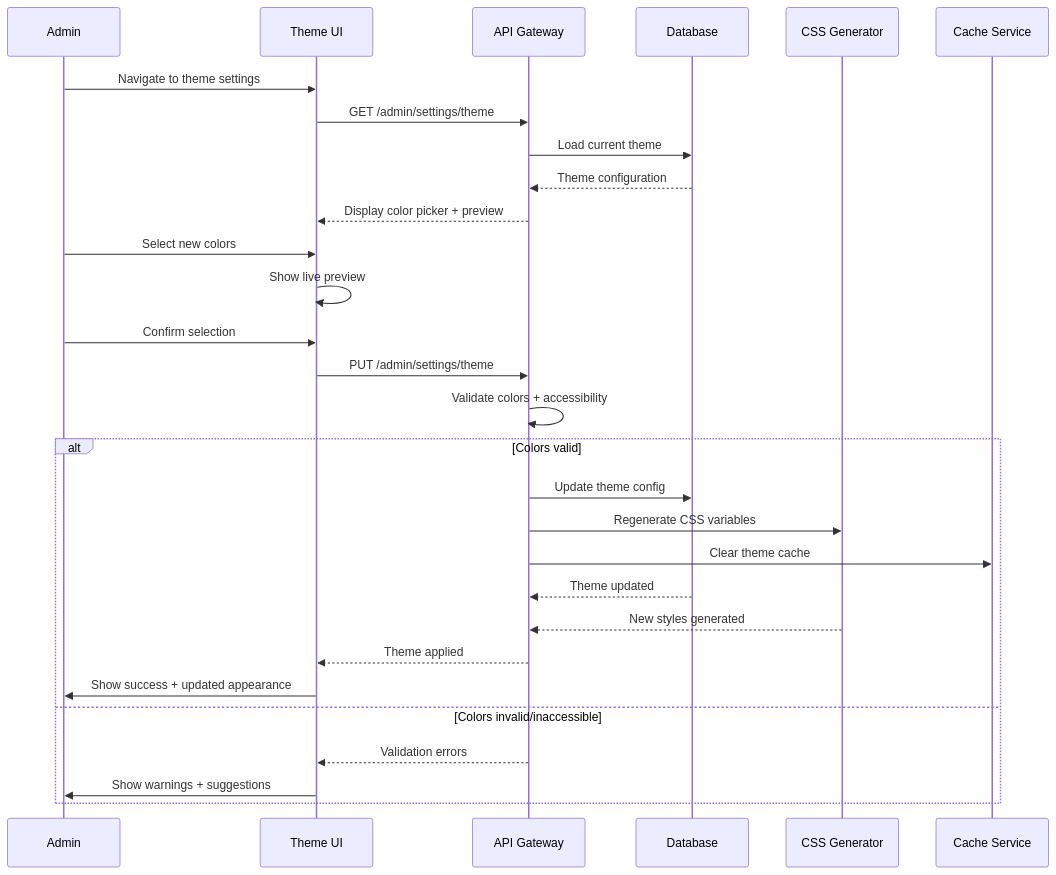
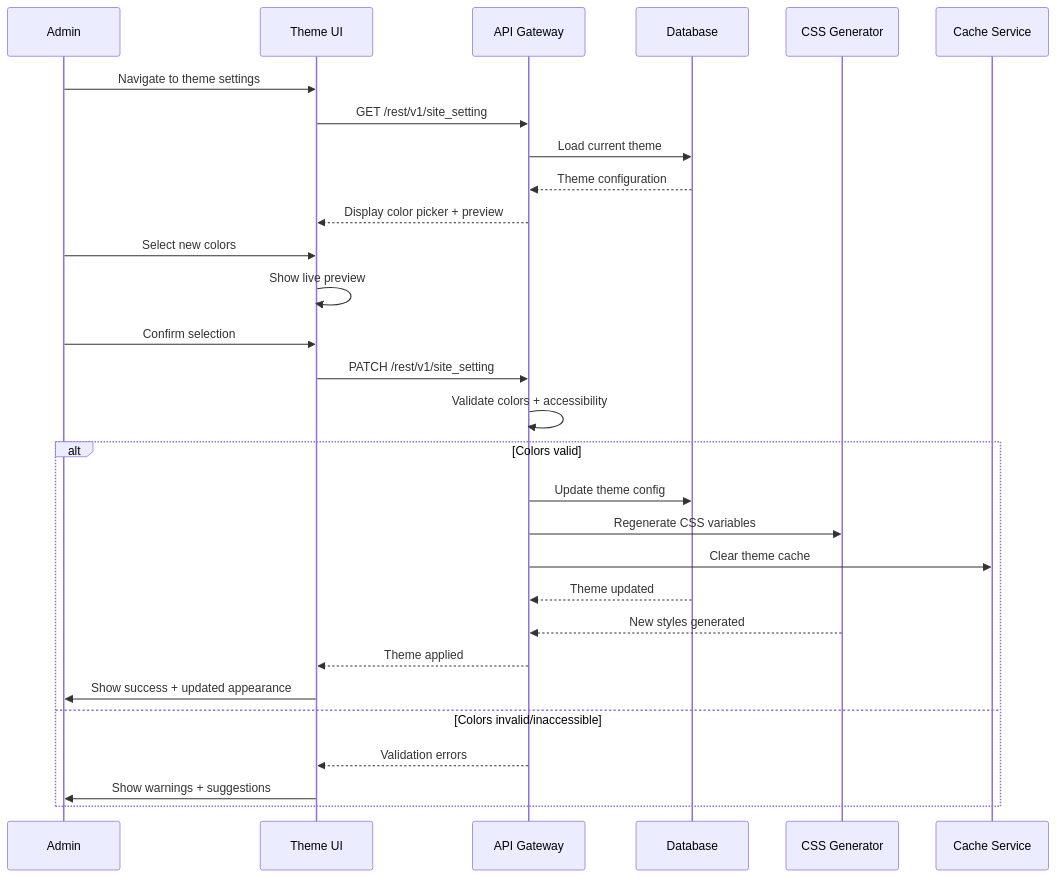
One commit to jkjan/nowhereland changed the second of 7 diagrams in prd/08-admin-settings.md. Above: the diagram before and after it, drawn with Mermaid. The commit also changed other lines of this file and 18 other files, not shown here.

````diff
--- a/prd/08-admin-settings.md
+++ b/prd/08-admin-settings.md
@@ -160,35 +160,35 @@
 ```mermaid
 sequenceDiagram
     participant A as Admin
     participant UI as Theme UI
     participant API as API Gateway
     participant DB as Database
     participant CSS as CSS Generator
     participant CACHE as Cache Service
     
     A->>UI: Navigate to theme settings
-    UI->>API: GET /admin/settings/theme
+    UI->>API: GET /rest/v1/site_setting
     API->>DB: Load current theme
     DB-->>API: Theme configuration
     API-->>UI: Display color picker + preview
     
     A->>UI: Select new colors
     UI->>UI: Show live preview
     A->>UI: Confirm selection
-    UI->>API: PUT /admin/settings/theme
+    UI->>API: PATCH /rest/v1/site_setting
     
     API->>API: Validate colors + accessibility
     
     alt Colors valid
         API->>DB: Update theme config
         API->>CSS: Regenerate CSS variables
         API->>CACHE: Clear theme cache
         DB-->>API: Theme updated
         CSS-->>API: New styles generated
         API-->>UI: Theme applied
         UI->>A: Show success + updated appearance
     else Colors invalid/inaccessible
         API-->>UI: Validation errors
         UI->>A: Show warnings + suggestions
     end
 ```
````
